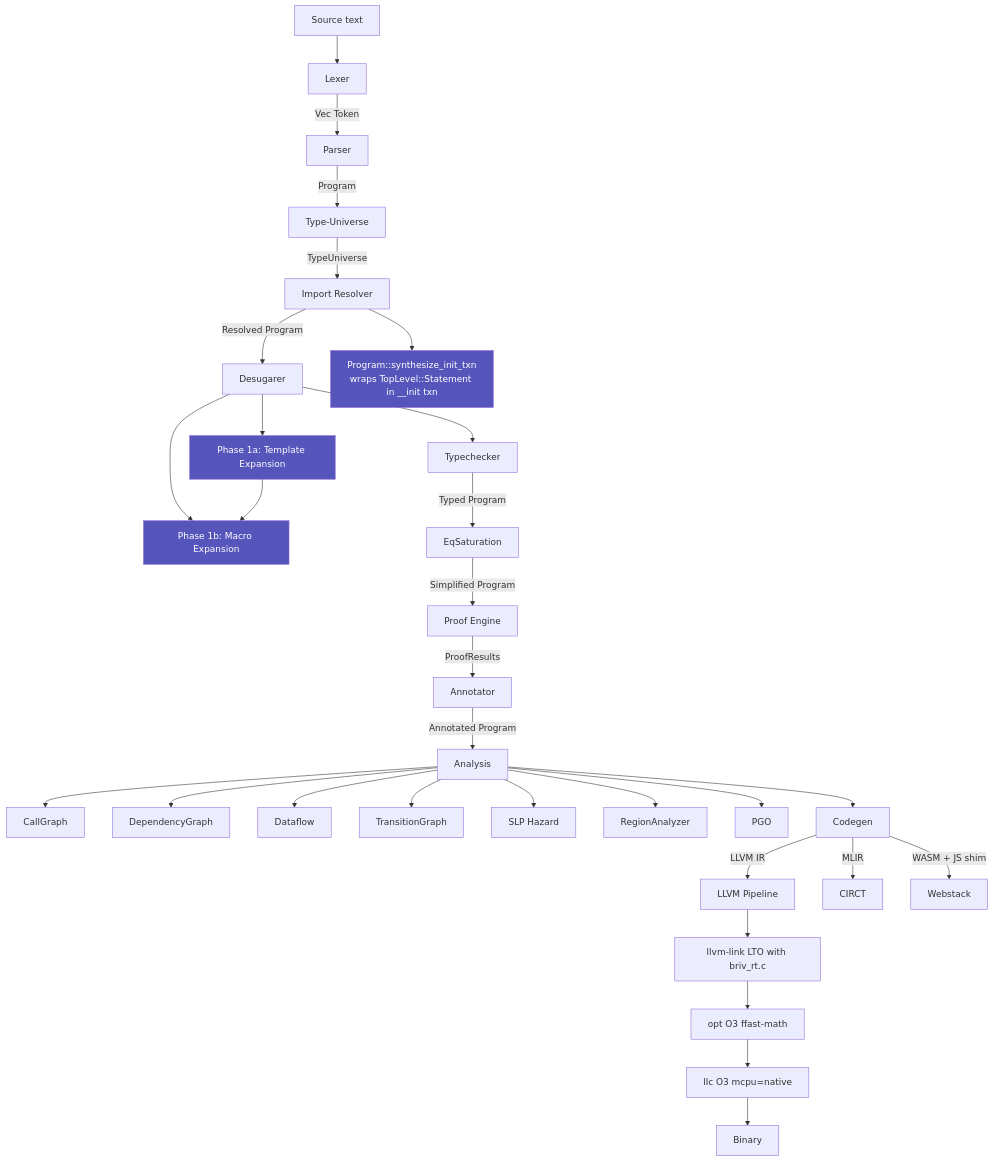
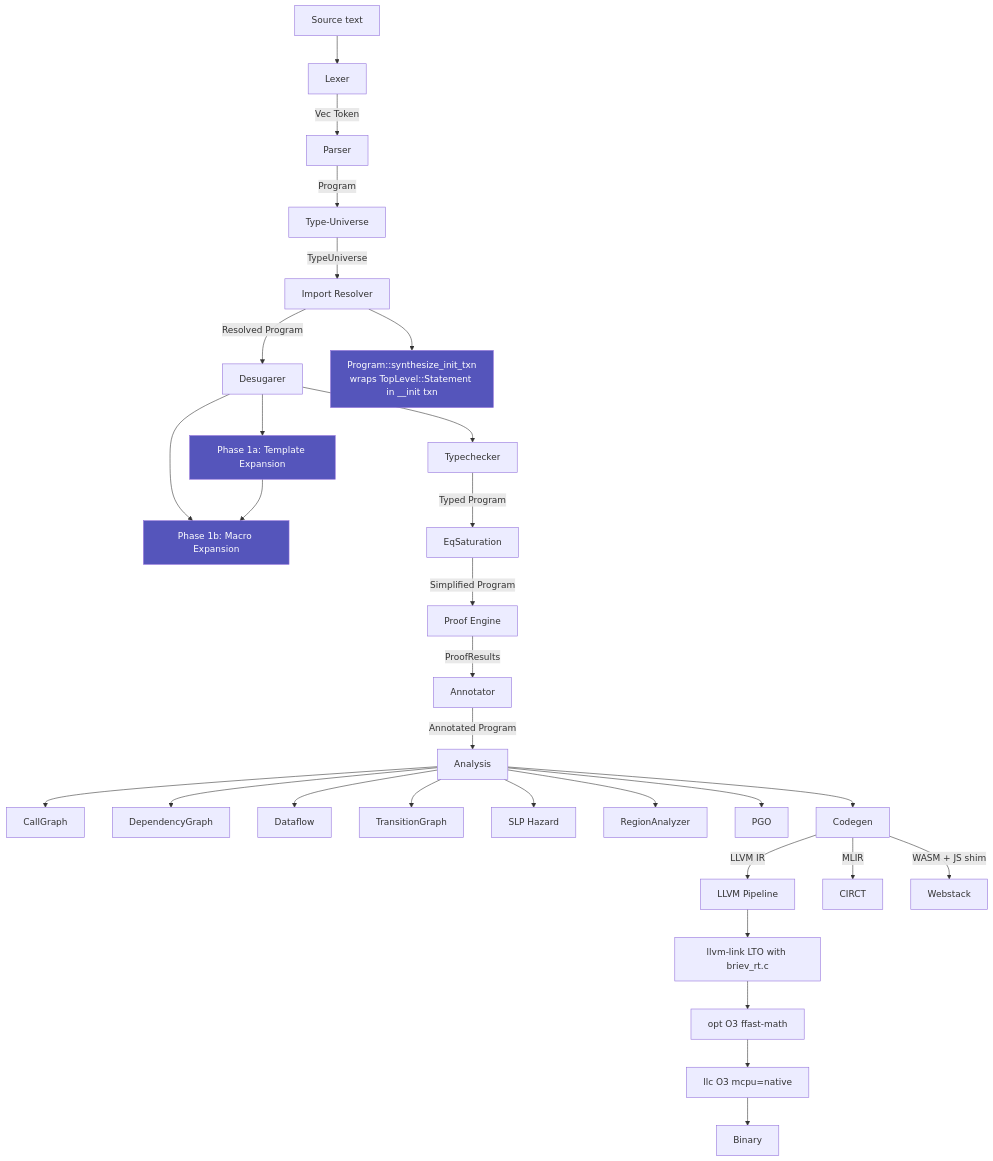
One commit to Randozart/brief-lang changed the first of 6 diagrams in docs/architecture/channel-map.md. Above: the diagram before and after it, drawn with Mermaid. The commit also changed 1385 other files, not shown here.

````diff
--- a/docs/architecture/channel-map.md
+++ b/docs/architecture/channel-map.md
@@ -7,42 +7,42 @@
 ```mermaid
 graph TD
     S[Source text] --> Lex[Lexer]
     Lex -->|Vec Token| Par[Parser]
     Par -->|Program| TU[Type-Universe]
     TU -->|TypeUniverse| IR[Import Resolver]
     IR -->|Resolved Program| Des[Desugarer]
 
     IR --> Init[Program::synthesize_init_txn<br>wraps TopLevel::Statement in __init txn]
 
     Des --> T1a[Phase 1a: Template Expansion]
     Des --> T1b[Phase 1b: Macro Expansion]
     T1a --> T1b
 
     Des --> TC[Typechecker]
     TC -->|Typed Program| Eq[EqSaturation]
     Eq -->|Simplified Program| PE[Proof Engine]
     PE -->|ProofResults| An[Annotator]
     An -->|Annotated Program| Anl[Analysis]
 
     Anl --> CG[CallGraph]
     Anl --> DG[DependencyGraph]
     Anl --> DF[Dataflow]
     Anl --> TG[TransitionGraph]
     Anl --> SLP[SLP Hazard]
     Anl --> RA[RegionAnalyzer]
     Anl --> PGO[PGO]
 
     Anl --> Codegen[Codegen]
     Codegen -->|LLVM IR| LLVM[LLVM Pipeline]
     Codegen -->|MLIR| CIRCT[CIRCT]
     Codegen -->|WASM + JS shim| Web[Webstack]
 
-    LLVM --> Link[llvm-link LTO with briv_rt.c]
+    LLVM --> Link[llvm-link LTO with briev_rt.c]
     Link --> Opt[opt O3 ffast-math]
     Opt --> LLC[llc O3 mcpu=native]
     LLC --> Bin[Binary]
 
     style Init fill:#55b,color:#fff
     style T1a fill:#55b,color:#fff
     style T1b fill:#55b,color:#fff
 ```
````
